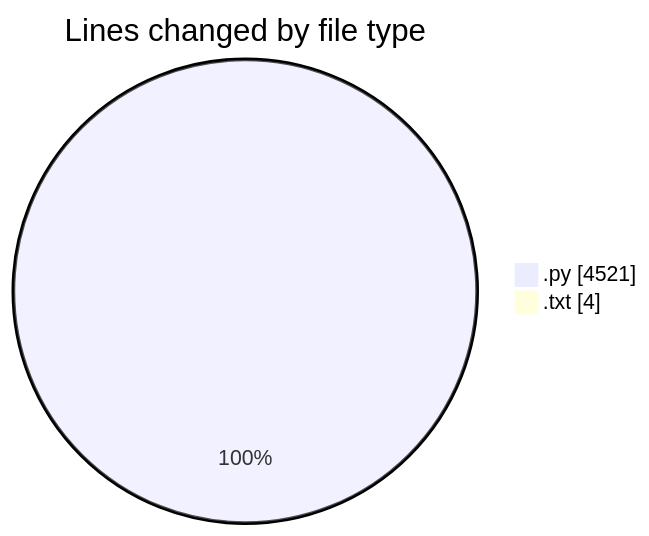
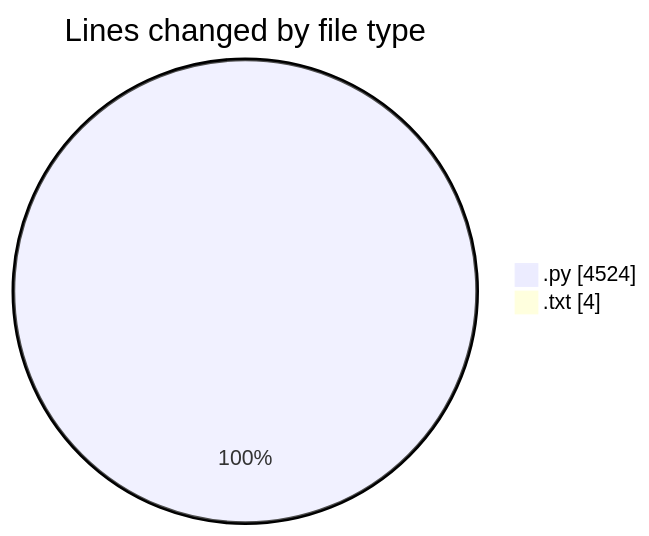
Before and after one commit to CELIANVF/code-tracking: the first of 2 diagrams in 2025-06-01/video_app/README.md, drawn with Mermaid. The commit also changed other lines of this file and 1 other file, not shown here.

````diff
--- a/2025-06-01/video_app/README.md
+++ b/2025-06-01/video_app/README.md
@@ -29,6 +29,6 @@
 ```mermaid
 pie showData
 title Lines changed by file type
-".py" : 4521
+".py" : 4524
 ".txt" : 4
 ```
````
